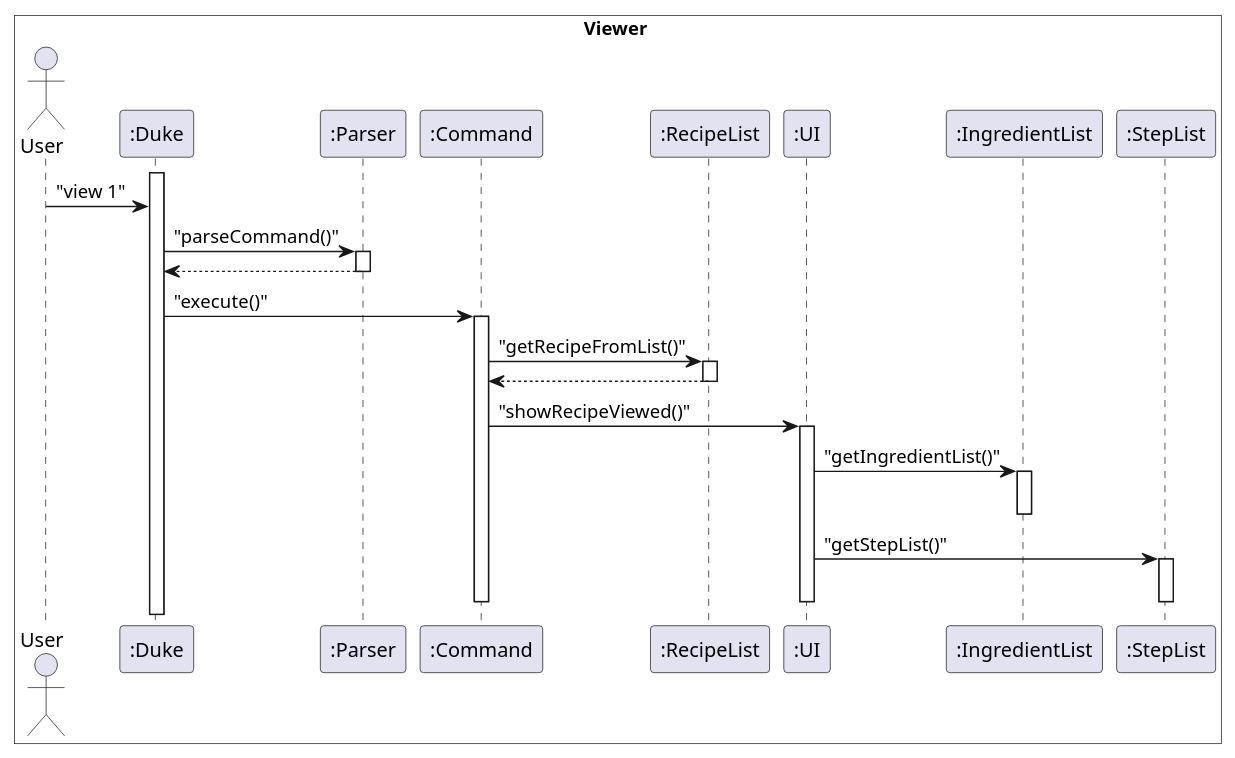
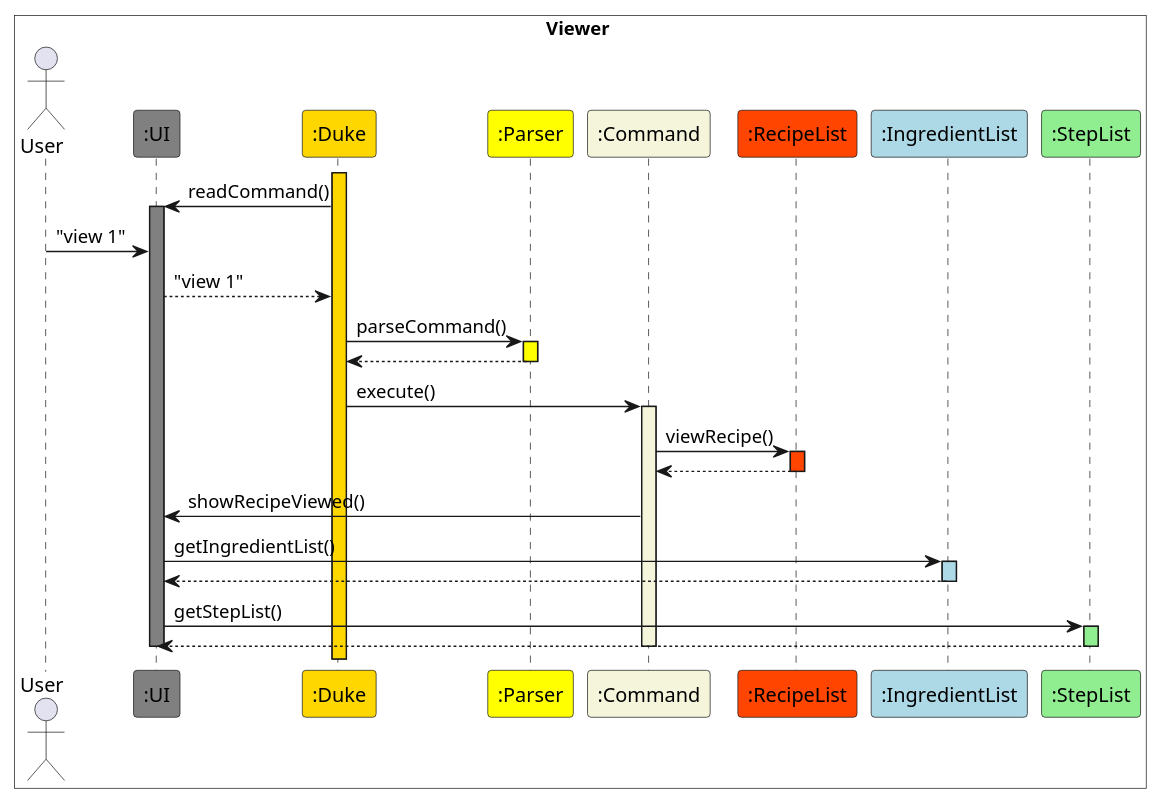
One commit to nus-cs2113-AY2223S2/tp changed the diagram in docs/PlantUML/RecipeView.puml. Above: the diagram before and after it, drawn with PlantUML. The commit also changed 11 other files, not shown here.

Commit message:
Change RecipeView and RecipeManage sequence diagrams

```diff
--- a/docs/PlantUML/RecipeView.puml
+++ b/docs/PlantUML/RecipeView.puml
@@ -1,37 +1,41 @@
 @startuml Recipe View
 box Viewer #White
 Actor User
-participant ":Duke" as Duke
-participant ":Parser" as Parser
-participant ":Command" as Command
-participant ":RecipeList" as RecipeList
-participant ":UI" as UI
-participant ":IngredientList" as IngredientList
-participant ":StepList" as StepList
+participant ":UI" as UI #Gray
+participant ":Duke" as Duke #Gold
+participant ":Parser" as Parser #Yellow
+participant ":Command" as Command #Beige
+participant ":RecipeList" as RecipeList #OrangeRed
+participant ":IngredientList" as IngredientList #LightBlue
+participant ":StepList" as StepList #LightGreen
+end box
 
-end box
-activate Duke
-User -> Duke : "view 1"
-Duke -> Parser : "parseCommand()"
-activate Parser
+activate Duke #Gold
+Duke -> UI : readCommand()
+activate UI #Gray
+User -> UI : "view 1"
+UI --> Duke : "view 1"
+Duke -> Parser : parseCommand()
+activate Parser #Yellow
 Parser --> Duke
 deactivate Parser
-Duke -> Command : "execute()"
-activate Command
-Command -> RecipeList : "getRecipeFromList()"
-activate RecipeList
+Duke -> Command : execute()
+activate Command #Beige
+Command -> RecipeList : viewRecipe()
+activate RecipeList #OrangeRed
 RecipeList --> Command
 deactivate RecipeList
-Command -> UI : "showRecipeViewed()"
-activate UI
-UI -> IngredientList : "getIngredientList()"
-activate IngredientList
+Command -> UI : showRecipeViewed()
+UI -> IngredientList : getIngredientList()
+activate IngredientList #LightBlue
+IngredientList --> UI
 deactivate IngredientList
-UI -> StepList : "getStepList()"
-activate StepList
+UI -> StepList : getStepList()
+activate StepList #LightGreen
+StepList --> UI
 deactivate StepList
 deactivate UI
 deactivate Command
 
 
 @enduml
```
